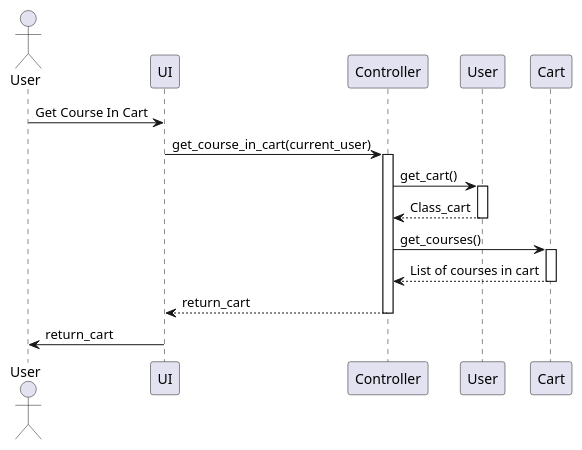
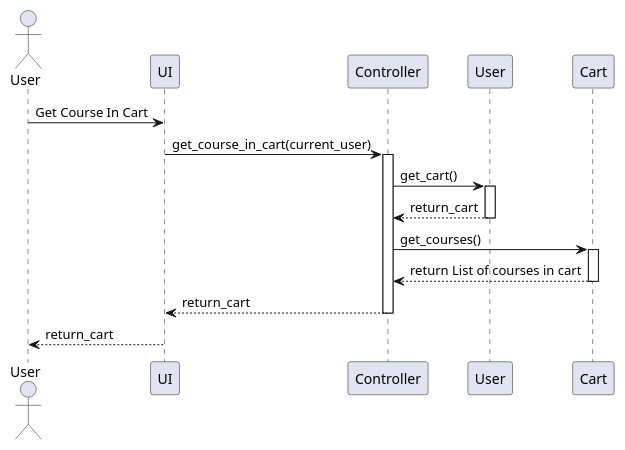
One commit to KMITLSuicide/KMITL-ObjectOrientedProgramming-Project changed the diagram in diagrams/plantuml/get_cart.puml. Above: the diagram before and after it, drawn with PlantUML. The commit also changed 9 other files, not shown here.

```diff
--- a/diagrams/plantuml/get_cart.puml
+++ b/diagrams/plantuml/get_cart.puml
@@ -1,27 +1,27 @@
-@startuml
+@startuml Get Cart
 
 actor "User" as UserActor
 
 participant "UI" as Server
 participant Controller
 participant "User" as UserClass
 participant Cart
 
 
 UserActor -> Server: Get Course In Cart
 Server -> Controller: get_course_in_cart(current_user)
 activate Controller
 Controller -> UserClass: get_cart()
 activate UserClass
-UserClass --> Controller: Class_cart
+UserClass --> Controller: return_cart
 deactivate UserClass
 Controller -> Cart: get_courses()
 activate Cart
-Cart --> Controller: List of courses in cart
+Cart --> Controller: return List of courses in cart
 deactivate Cart
 Controller --> Server: return_cart
 deactivate Controller
 
-Server -> UserActor: return_cart
+Server --> UserActor: return_cart
 
 @enduml
```
